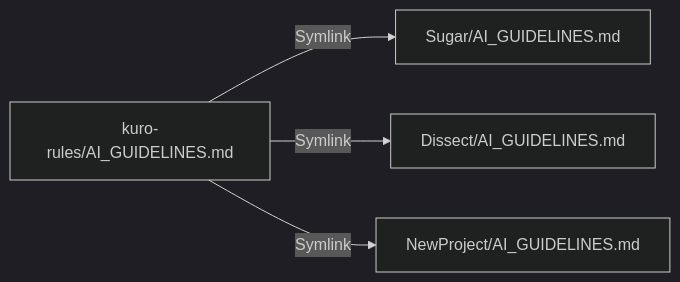
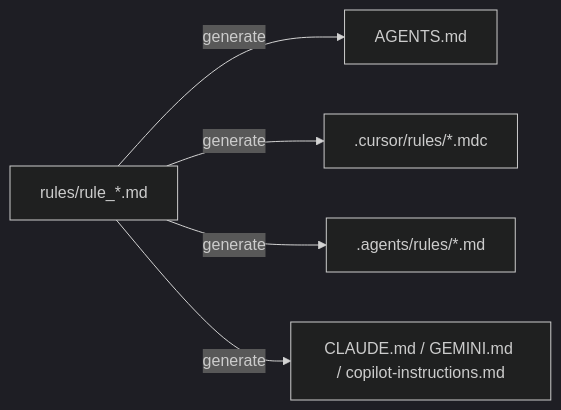
One commit to Lemniscate-world/kuro-rules changed the diagram in README.md. Above: the diagram before and after it, drawn with Mermaid (dark theme). The commit also changed other lines of this file and 300 other files, not shown here.

````diff
--- a/README.md
+++ b/README.md
@@ -10,6 +17,7 @@
 ```mermaid
 graph LR
-    A[kuro-rules/AI_GUIDELINES.md] -->|Symlink| B[Sugar/AI_GUIDELINES.md]
-    A -->|Symlink| C[Dissect/AI_GUIDELINES.md]
-    A -->|Symlink| D[NewProject/AI_GUIDELINES.md]
+    A[rules/rule_*.md] -->|generate| B[AGENTS.md]
+    A -->|generate| C[.cursor/rules/*.mdc]
+    A -->|generate| D[.agents/rules/*.md]
+    A -->|generate| E[CLAUDE.md / GEMINI.md / copilot-instructions.md]
 ```
````
